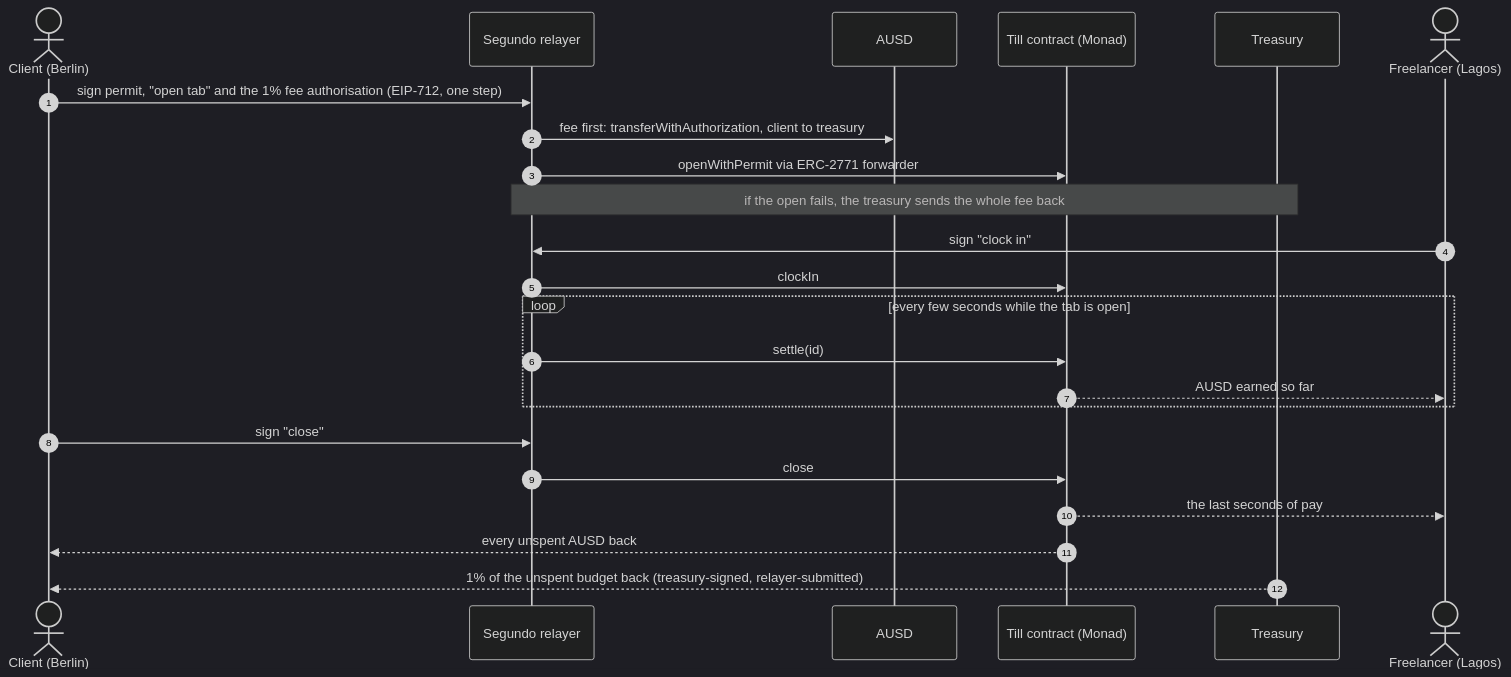
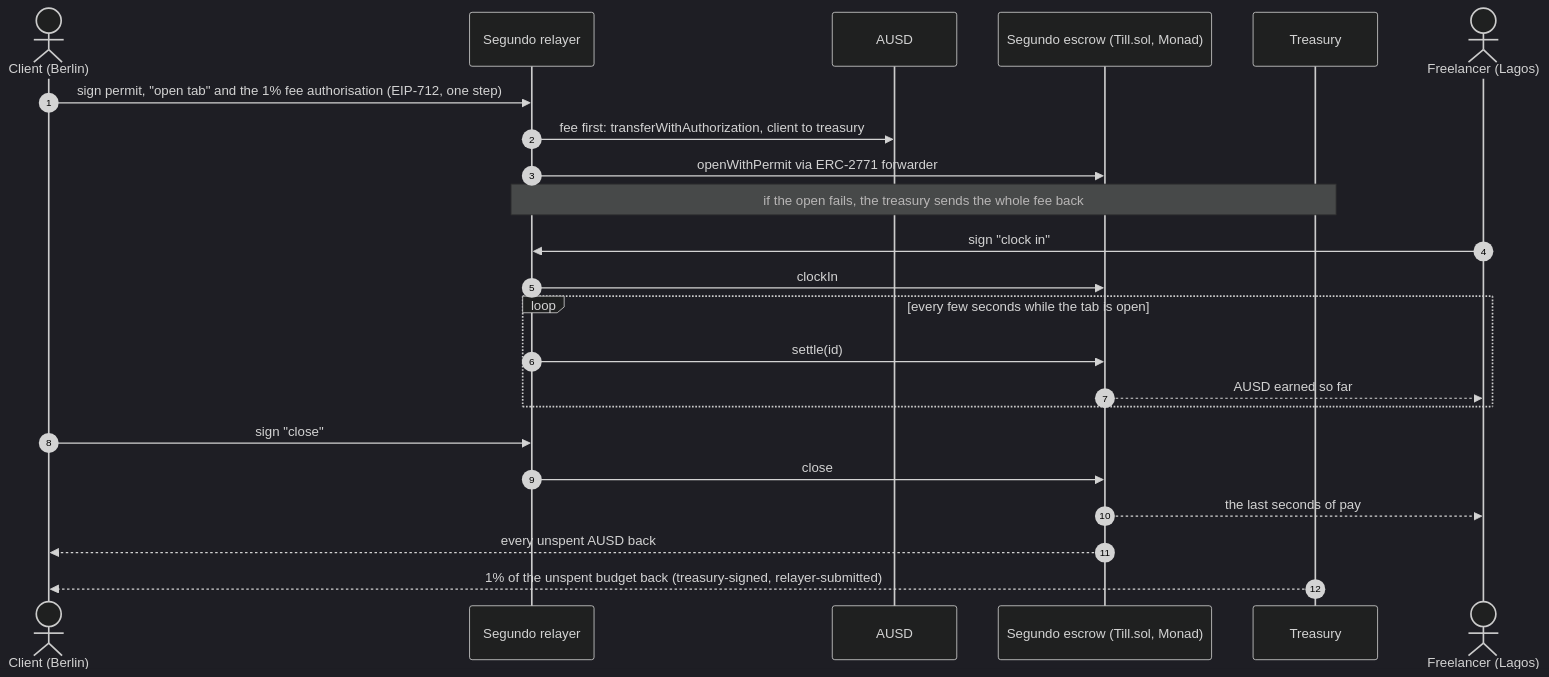
Before and after one commit to RohanGlitched/segundo: the first of 2 diagrams in README.md, drawn with Mermaid (dark theme). The commit also changed other lines of this file and 99 other files, not shown here.

````diff
--- a/README.md
+++ b/README.md
@@ -62,25 +89,25 @@
 ```mermaid
 sequenceDiagram
     autonumber
     actor C as Client (Berlin)
     participant R as Segundo relayer
     participant A as AUSD
-    participant T as Till contract (Monad)
+    participant T as Segundo escrow (Till.sol, Monad)
     participant Y as Treasury
     actor F as Freelancer (Lagos)
     C->>R: sign permit, "open tab" and the 1% fee authorisation (EIP-712, one step)
     R->>A: fee first: transferWithAuthorization, client to treasury
     R->>T: openWithPermit via ERC-2771 forwarder
     Note over R,Y: if the open fails, the treasury sends the whole fee back
     F->>R: sign "clock in"
     R->>T: clockIn
     loop every few seconds while the tab is open
         R->>T: settle(id)
         T-->>F: AUSD earned so far
     end
     C->>R: sign "close"
     R->>T: close
     T-->>F: the last seconds of pay
     T-->>C: every unspent AUSD back
     Y-->>C: 1% of the unspent budget back (treasury-signed, relayer-submitted)
 ```
````
